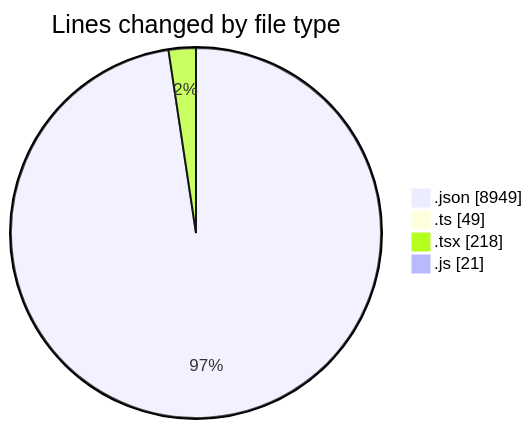
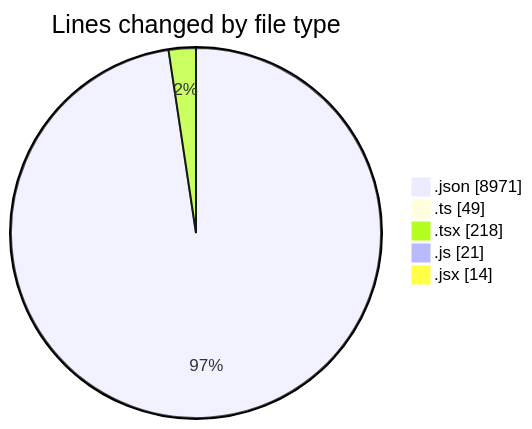
The first of 2 diagrams in 2025-05-22/expensetracker/README.md (Ritupan-Deka/code-tracking), drawn with Mermaid before and after one commit. The commit also changed other lines of this file and 1 other file, not shown here.

````diff
--- a/2025-05-22/expensetracker/README.md
+++ b/2025-05-22/expensetracker/README.md
@@ -25,8 +26,9 @@
 ```mermaid
 pie showData
 title Lines changed by file type
-".json" : 8949
+".json" : 8971
 ".ts" : 49
 ".tsx" : 218
 ".js" : 21
+".jsx" : 14
 ```
````
